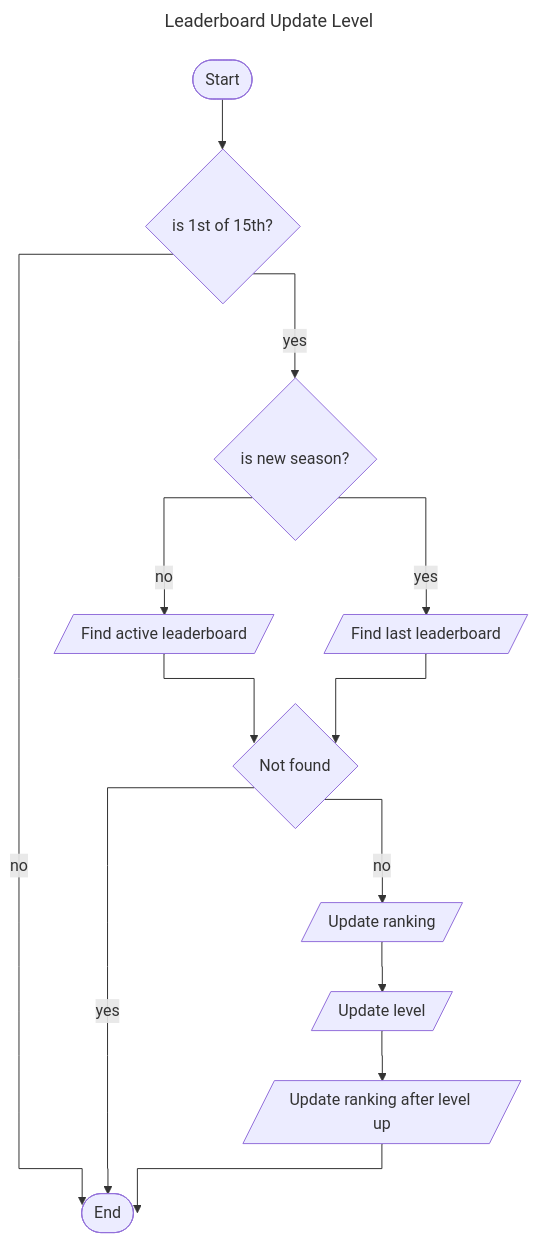
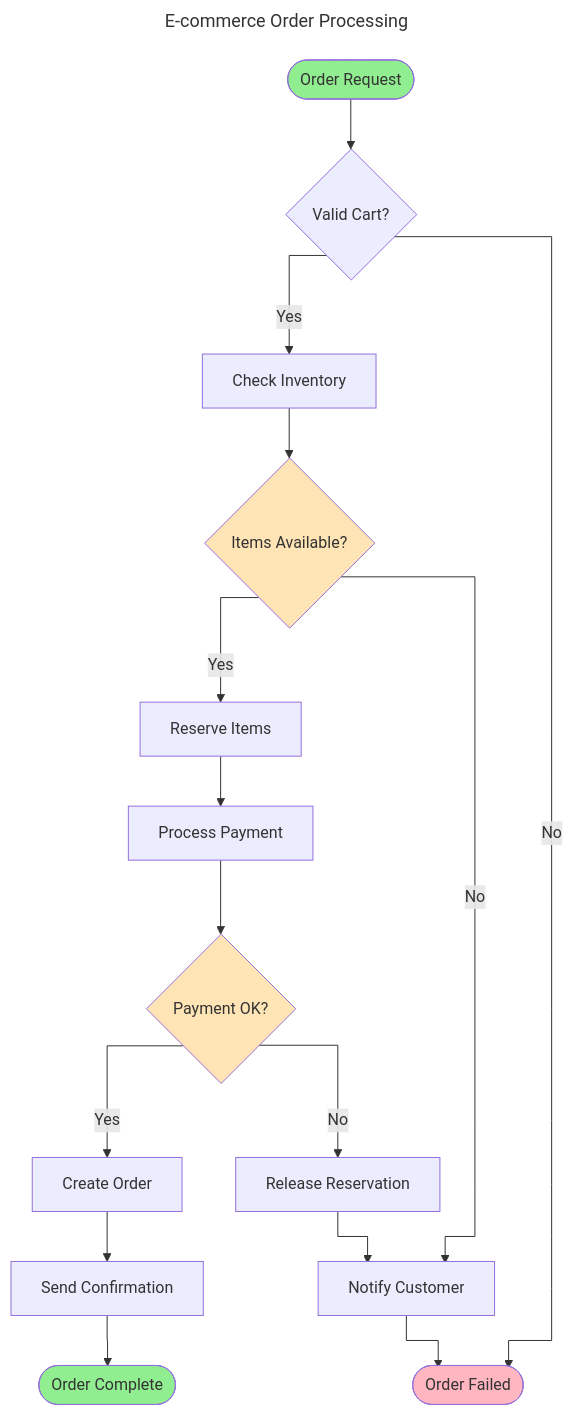
One commit to alextanhongpin/architecture-decision-records changed the fourth of 8 diagrams in architecture/013-diagram-as-code.md. Above: the diagram before and after it, drawn with Mermaid. The commit also changed other lines of this file and 56 other files, not shown here.

Commit message:
Refactor backend README to include Architecture Decision Records (ADRs) and expand on key principles, patterns, and contributing guidelines. Add new document on storing state using integer and bit flag representations, including implementation examples and best practices.

````diff
--- a/architecture/013-diagram-as-code.md
+++ b/architecture/013-diagram-as-code.md
@@ -39,34 +143,46 @@
 ```mermaid
 ---
-title: Leaderboard Update Level
+title: E-commerce Order Processing
 ---
 %%{init: {'theme': 'default', 'themeVariables': {'darkMode': false}, "flowchart" : { "curve" : "stepAfter" } } }%%
 flowchart TD
-    start([Start])
-    valid_date?{is 1st of 15th?}
-    is_new_season?{is new season?}
-
-    find_active_leaderboard[/Find active leaderboard/]
-    find_last_leaderboard[/Find last leaderboard/]
-    not_found{Not found}
-    update_ranking[/Update ranking/]
-    update_ranking_after_level_up[/Update ranking after level up/]
-    update_level[/Update level/]
-    exit([End])
-
-    start --> valid_date?
-    valid_date? -- no --> exit
-    valid_date? -- yes --> is_new_season?
-    is_new_season? -- no --> find_active_leaderboard
-    find_active_leaderboard --> not_found
-
-    is_new_season? -- yes --> find_last_leaderboard
-    find_last_leaderboard --> not_found
-
-    not_found -- yes --> exit
-
-    not_found -- no --> update_ranking
-    update_ranking --> update_level
-    update_level --> update_ranking_after_level_up
-    update_ranking_after_level_up --> exit
+    Start([Order Request])
+    ValidateCart{Valid Cart?}
+    CheckInventory[Check Inventory]
+    InStock{Items Available?}
+    ReserveItems[Reserve Items]
+    ProcessPayment[Process Payment]
+    PaymentSuccess{Payment OK?}
+    CreateOrder[Create Order]
+    SendConfirmation[Send Confirmation]
+    ReleaseReservation[Release Reservation]
+    NotifyCustomer[Notify Customer]
+    End([Order Complete])
+    Error([Order Failed])
+    
+    Start --> ValidateCart
+    ValidateCart -->|Yes| CheckInventory
+    ValidateCart -->|No| Error
+    
+    CheckInventory --> InStock
+    InStock -->|Yes| ReserveItems
+    InStock -->|No| NotifyCustomer
+    
+    ReserveItems --> ProcessPayment
+    ProcessPayment --> PaymentSuccess
+    
+    PaymentSuccess -->|Yes| CreateOrder
+    PaymentSuccess -->|No| ReleaseReservation
+    
+    CreateOrder --> SendConfirmation
+    SendConfirmation --> End
+    
+    ReleaseReservation --> NotifyCustomer
+    NotifyCustomer --> Error
+    
+    style Start fill:#90EE90
+    style End fill:#90EE90
+    style Error fill:#FFB6C1
+    style PaymentSuccess fill:#FFE4B5
+    style InStock fill:#FFE4B5
 ```
````
